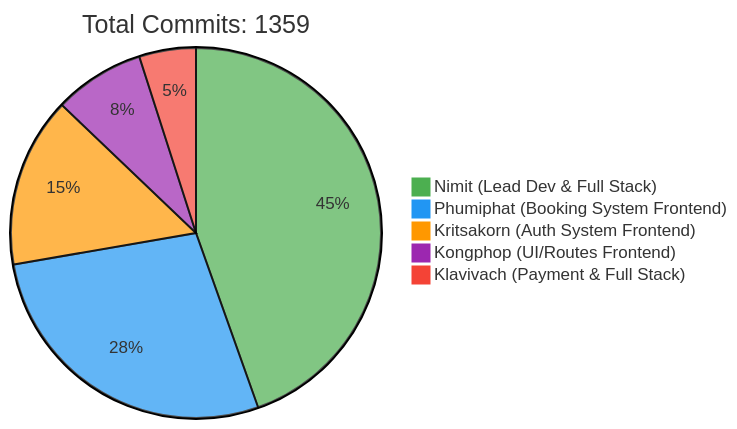
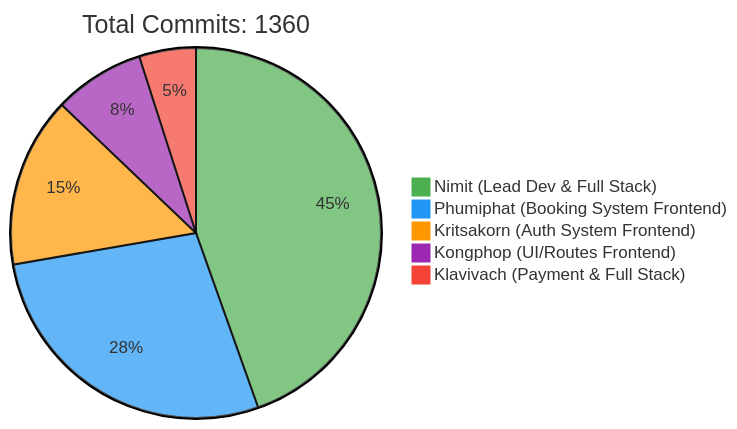
Before and after one commit to 6531503042/Sport-Complex: the first of 2 diagrams in README.md, drawn with Mermaid. The commit also changed other lines of this file, not shown here.

Commit message:
docs: Update contributor statistics [skip ci]

````diff
--- a/README.md
+++ b/README.md
@@ -257,10 +257,10 @@
 ```mermaid
 %%{init: {'theme': 'base', 'themeVariables': { 'pie1': '#4CAF50', 'pie2': '#2196F3', 'pie3': '#FF9800', 'pie4': '#9C27B0', 'pie5': '#F44336'}}}%%
 pie
-    title Total Commits: 1359
+    title Total Commits: 1360
     "Nimit (Lead Dev & Full Stack)" : 450
     "Phumiphat (Booking System Frontend)" : 280
     "Kritsakorn (Auth System Frontend)" : 150
     "Kongphop (UI/Routes Frontend)" : 80
     "Klavivach (Payment & Full Stack)" : 50
 ```
````
